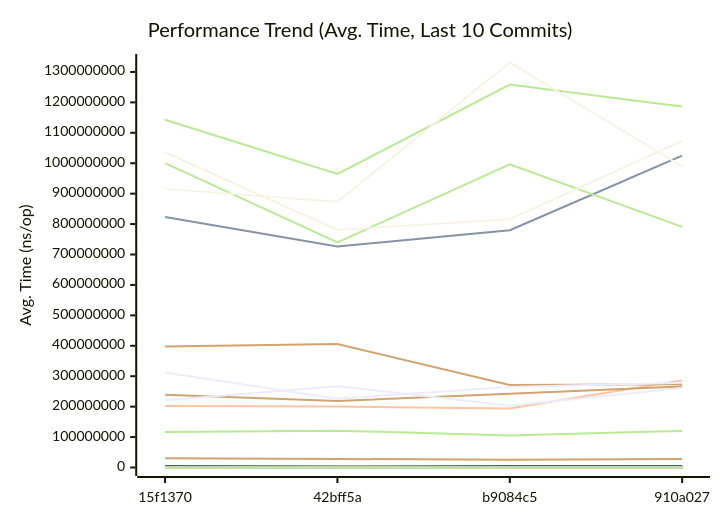
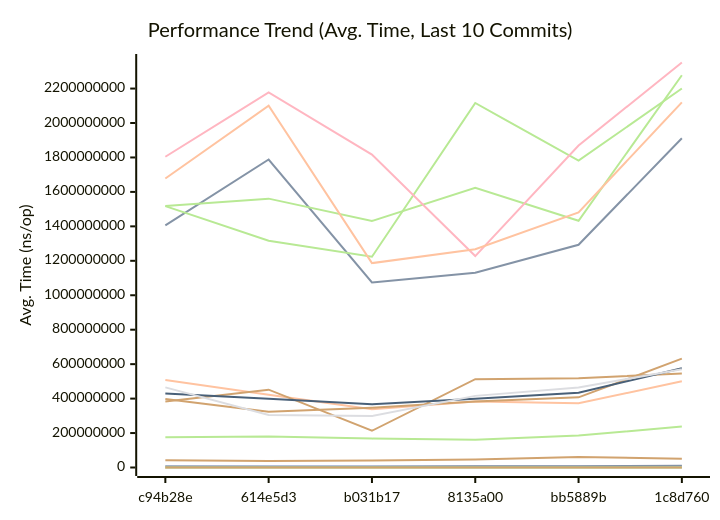
One commit to alsotoes/momo changed the first of 3 diagrams in docs/REFERENCE/PERFORMANCE.md. Above: the diagram before and after it, drawn with Mermaid. The commit also changed other lines of this file and 1 other file, not shown here.

````diff
--- a/docs/REFERENCE/PERFORMANCE.md
+++ b/docs/REFERENCE/PERFORMANCE.md
@@ -335,62 +303,53 @@
 ```mermaid
 xychart-beta
     title "Performance Trend (Avg. Time, Last 10 Commits)"
     x-axis "Commit"
     y-axis "Avg. Time (ns/op)"
-    x-axis [15f1370,42bff5a,b9084c5,910a027]
-    line "AdaptivePutBlob64KiB" [0,17,11,14,14,17,2,0,15,15]
-    line "AWSChunkedReaderSigned" [548150,405170,491416,498672,442773,430592,417063,570105,564283,768872]
-    line "AWSChunkedReaderUnsigned" [406537,398826,461568,451388,492050,411358,443710,464364,521277,685851]
-    line "CheckMetricsAndSwap" [11,8,9,10,10,9,8,10,11,13]
-    line "CrushOptimized" [334,265,292,400,336,344,308,537,421,435]
-    line "CrushOriginal" [434,366,438,496,496,428,403,708,532,681]
-    line "EtagMatches" [131,136,136,140,163,124,126,149,190,201]
-    line "EtagMatchesSplit" [258,199,258,242,236,222,252,250,342,413]
-    line "FormatListObjectsV2XML_AppendFormat" [1042577,433859,661678,756413,554380,514051,493197,594526,786967,865431]
-    line "FormatListObjectsV2XML_OldFormat" [418249,322740,431853,415522,375614,353709,349122,433751,478576,565349]
-    line "HashBytes/1MiB" [3710346,3000269,3524523,4375127,4746296,2885465,3263197,3959135,4101095,4311907]
-    line "HashBytes/256MiB" [823282797,726614806,780063614,1024959183,969970227,960250564,764665642,940748052,1164488183,1353975326]
-    line "HashBytes/64MiB" [202044522,200382060,194053876,285996622,217000263,208138371,213360215,236266919,295328301,339290340]
-    line "HashFile/1MiB" [3675098,2969187,3903427,4916313,3947332,3448696,3561886,4192890,3490477,5208142]
-    line "HashFile/256MiB" [1000066847,739685958,996414790,790951710,1027044743,940365736,818876196,963128556,1050074278,1180867467]
-    line "HashFile/64MiB" [239489276,218262290,242609956,266520347,247083013,266290769,207364669,259053814,300801342,308784346]
-    line "IndexDirectTracking" [0,0,0,0,0,0,0,0,0,1]
-    line "IndexSearch" [3,1,3,3,3,3,3,3,4,4]
-    line "LastModifiedHeader_AppendFormat" [216,278,259,237,238,183,207,232,275,374]
-    line "LastModifiedHeader_Format" [268,229,299,300,268,257,271,281,334,472]
-    line "ListPartsTime_AppendFormat" [147,112,161,128,140,132,124,159,145,206]
-    line "ListPartsTime_Format" [228,131,179,179,164,148,145,162,212,260]
-    line "LoadGlobalConfig" [10008,7746,9289,10909,9544,9337,9177,13559,12150,16149]
-    line "LocalWrite/1MiB" [1010917,347300,439293,526356,459321,409512,486550,767426,599637,601031]
-    line "LocalWrite/256MiB" [117006503,121124511,105548151,120360407,107903293,113612827,116258696,107295564,118204398,151738005]
-    line "LocalWrite/64MiB" [30347924,28019036,25671836,27703766,26056870,35220548,25697655,32058354,30327796,38178447]
-    line "PadString" [43,37,47,46,48,42,41,52,56,70]
-    line "ParseACLResource_IndexByte" [0,0,11,15,13,13,14,14,14,18]
-    line "ParseACLResource_Split" [0,0,12,15,13,10,15,11,15,20]
-    line "ParseAWSChunkHeader" [60,48,58,51,52,45,46,55,61,92]
-    line "ParseChecksum" [0,0,0,422,456,459,420,387,557,645]
-    line "ParseChecksumDynamicBaseline" [0,0,0,1068,1121,919,974,1258,1167,1814]
+    x-axis [c94b28e,614e5d3,b031b17,8135a00,bb5889b,1c8d760]
+    line "AdaptivePutBlob64KiB" [0,0,0,0,0,0,0,0,0,17]
+    line "AWSChunkedReaderSigned" [680259,833482,953309,627888,785988,1067684,922629,835570,548150,405170]
+    line "AWSChunkedReaderUnsigned" [889133,730853,858757,790951,977586,1009938,957235,977699,406537,398826]
+    line "CheckMetricsAndSwap" [17,10,13,15,17,19,19,15,11,8]
+    line "CrushOptimized" [685,798,468,532,465,1105,686,634,334,265]
+    line "CrushOriginal" [855,1268,698,834,795,4070,916,1020,434,366]
+    line "EtagMatches" [0,0,0,0,0,0,0,0,131,136]
+    line "EtagMatchesSplit" [0,0,0,0,0,0,0,0,258,199]
+    line "FormatListObjectsV2XML_AppendFormat" [1782191,1061116,1008647,1406590,1275364,2945065,1883129,1270213,1042577,433859]
+    line "FormatListObjectsV2XML_OldFormat" [907084,473930,533866,813796,870950,1231705,951687,744615,418249,322740]
+    line "HashBytes/1MiB" [5383828,7555000,5598473,4921734,5879995,7762528,6632796,6072494,3710346,3000269]
+    line "HashBytes/256MiB" [1405443275,1788061102,1074265335,1131266592,1293022873,1911922639,1864794800,1600838236,823282797,726614806]
+    line "HashBytes/64MiB" [507641214,422715939,338237103,382860244,372987075,500199690,515415655,464721050,202044522,200382060]
+    line "HashFile/1MiB" [5618671,6533318,4172609,6261739,5169082,7925836,7984742,6072545,3675098,2969187]
+    line "HashFile/256MiB" [1518211227,1560936348,1431277931,1624300639,1432425639,2277372507,1808278202,1557151244,1000066847,739685958]
+    line "HashFile/64MiB" [397822488,323633746,347435470,383484634,407202955,631755332,456982643,336180629,239489276,218262290]
+    line "IndexDirectTracking" [1,1,1,1,1,1,1,1,0,0]
+    line "IndexSearch" [5,4,4,4,5,5,5,4,3,1]
+    line "LastModifiedHeader_AppendFormat" [453,385,315,376,542,692,554,477,216,278]
+    line "LastModifiedHeader_Format" [635,526,444,488,574,945,740,531,268,229]
+    line "ListPartsTime_AppendFormat" [0,0,0,0,0,0,0,0,147,112]
+    line "ListPartsTime_Format" [0,0,0,0,0,0,0,0,228,131]
+    line "LoadGlobalConfig" [21404,21459,15616,14400,18548,33096,27395,21243,10008,7746]
+    line "LocalWrite/1MiB" [782921,673496,973167,928144,1116026,1101952,948941,944282,1010917,347300]
+    line "LocalWrite/256MiB" [175219427,179514948,167743774,160436947,185677716,237694458,201951766,186460606,117006503,121124511]
+    line "LocalWrite/64MiB" [42014368,37648886,40720206,46095057,61144515,51244002,47739884,44142497,30347924,28019036]
+    line "PadString" [86,67,85,80,88,254,130,105,43,37]
+    line "ParseAWSChunkHeader" [0,0,0,0,0,0,0,0,60,48]
     line "ParseReplicationOrder_NoPrealloc" [350,349,357,354,345,225,229,165,232,234]
     line "ParseReplicationOrder_Prealloc" [229,231,237,234,229,108,107,80,110,109]
-    line "PheromoneSelectReplica" [147,100,126,142,138,128,120,142,143,175]
-    line "PickShedTarget" [0,0,0,1816,1720,1665,1536,1735,1747,2368]
-    line "Placement" [4955,4184,4762,6056,5033,4727,4693,6890,6104,7239]
-    line "PlacementDomainSpread" [5022,4314,5679,5795,5475,5036,4732,6842,6664,7869]
-    line "ReadVerify/1MiB" [3327797,4498182,3101042,3485862,4317772,3422384,4738482,4522598,4632187,5561121]
-    line "ReadVerify/256MiB" [1036046699,780597293,815690354,1073247430,969819791,941363504,1027502198,952099852,902837338,1257211994]
-    line "ReadVerify/64MiB" [220829241,267156263,203319126,261147241,297291525,224149048,284070728,216914778,284768540,277161493]
-    line "RebalanceCycle/blobs=100" [0,0,0,14,14,17,2,0,15,15]
-    line "RebalanceCycle/blobs=1000" [0,0,0,14,14,17,2,0,15,15]
-    line "S3PutSpool/1MiB" [5035437,4581575,4698909,3882087,3964066,3436747,4689509,4387607,5005371,5490687]
-    line "S3PutSpool/256MiB" [1142651067,964616587,1258493581,1186248512,1064203667,1003125992,1365636850,1104904276,1356178526,1340049780]
-    line "S3PutSpool/64MiB" [397469794,405975024,270841111,273742593,336170503,255939705,280357457,272641808,331065774,342650775]
-    line "SanitizeLog/Safe" [226,209,232,266,301,214,216,270,342,413]
-    line "SanitizeLog/Unsafe" [820,505,674,739,757,598,778,843,889,1191]
-    line "TrustedRead/1MiB" [4596938,3107216,4558682,5041465,4592184,3640041,4036530,5053123,3758586,5498314]
-    line "TrustedRead/256MiB" [915715493,873252194,1331059181,989203582,1043718914,1004362597,1114930363,1012801001,1099785718,1387232139]
-    line "TrustedRead/64MiB" [311974463,226161143,264425803,278622311,268179003,224845504,255128320,304495205,235086576,330524006]
-    line "VolumeGetBlob64KiB" [0,17,11,14,14,17,2,0,15,15]
-    line "VolumePutBlob64KiB" [0,17,11,14,14,17,2,0,15,15]
-    line "WriteThrottled/throttled-10Gbps" [0,0,0,738907,738939,738869,738881,738948,738907,738954]
-    line "WriteThrottled/unlimited" [0,0,0,6,6,6,5,6,6,9]
+    line "PheromoneSelectReplica" [0,0,0,0,0,0,0,0,147,100]
+    line "Placement" [11321,10377,7200,8789,8100,27755,9688,11354,4955,4184]
+    line "PlacementDomainSpread" [11792,9468,8229,9655,8934,18491,11295,11204,5022,4314]
+    line "ReadVerify/1MiB" [5670392,7713170,4757418,5869903,8481402,7559053,7811454,5644733,3327797,4498182]
+    line "ReadVerify/256MiB" [1517577657,1316685724,1223335569,2116170500,1781612989,2200381287,1884111924,1695229855,1036046699,780597293]
+    line "ReadVerify/64MiB" [383828668,451931212,213251291,512922822,518387680,545034562,507474576,384974247,220829241,267156263]
+    line "S3PutSpool/1MiB" [7822144,8408058,8591213,6157166,6498512,9327955,8640777,6831278,5035437,4581575]
+    line "S3PutSpool/256MiB" [1803968295,2177507350,1816522977,1227464198,1869122530,2351294741,2169231306,1809657163,1142651067,964616587]
+    line "S3PutSpool/64MiB" [429216770,399626051,367182715,399702230,433842837,576056595,569773006,490049884,397469794,405975024]
+    line "SanitizeLog/Safe" [428,331,547,453,464,721,570,552,226,209]
+    line "SanitizeLog/Unsafe" [1405,1260,1471,1234,1310,2660,1976,1462,820,505]
+    line "TrustedRead/1MiB" [5650216,4830214,4254033,7751297,7357692,9625274,8251662,7395052,4596938,3107216]
+    line "TrustedRead/256MiB" [1677679418,2100324369,1186508654,1267006234,1480761171,2120164443,2079407950,1606816652,915715493,873252194]
+    line "TrustedRead/64MiB" [465018339,305338723,298647819,415837736,464687610,569925858,539820546,397487249,311974463,226161143]
+    line "VolumeGetBlob64KiB" [0,0,0,0,0,0,0,0,0,17]
+    line "VolumePutBlob64KiB" [0,0,0,0,0,0,0,0,0,17]
 ```
````
